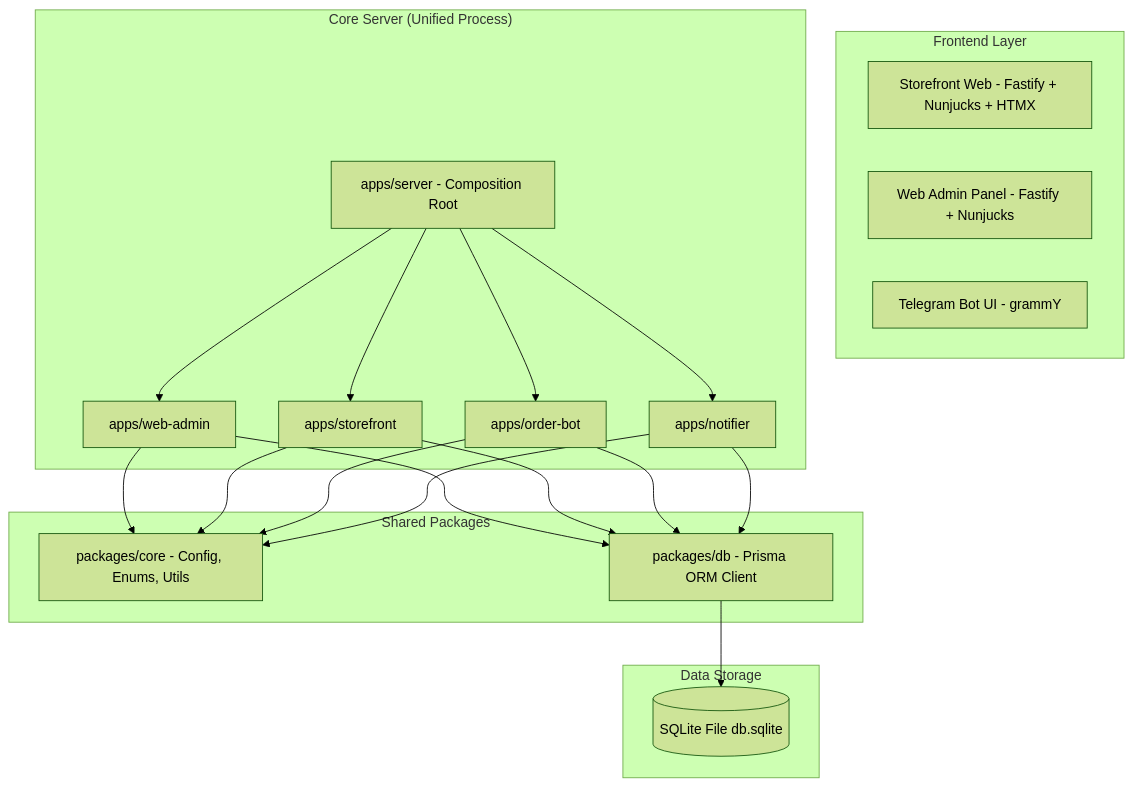
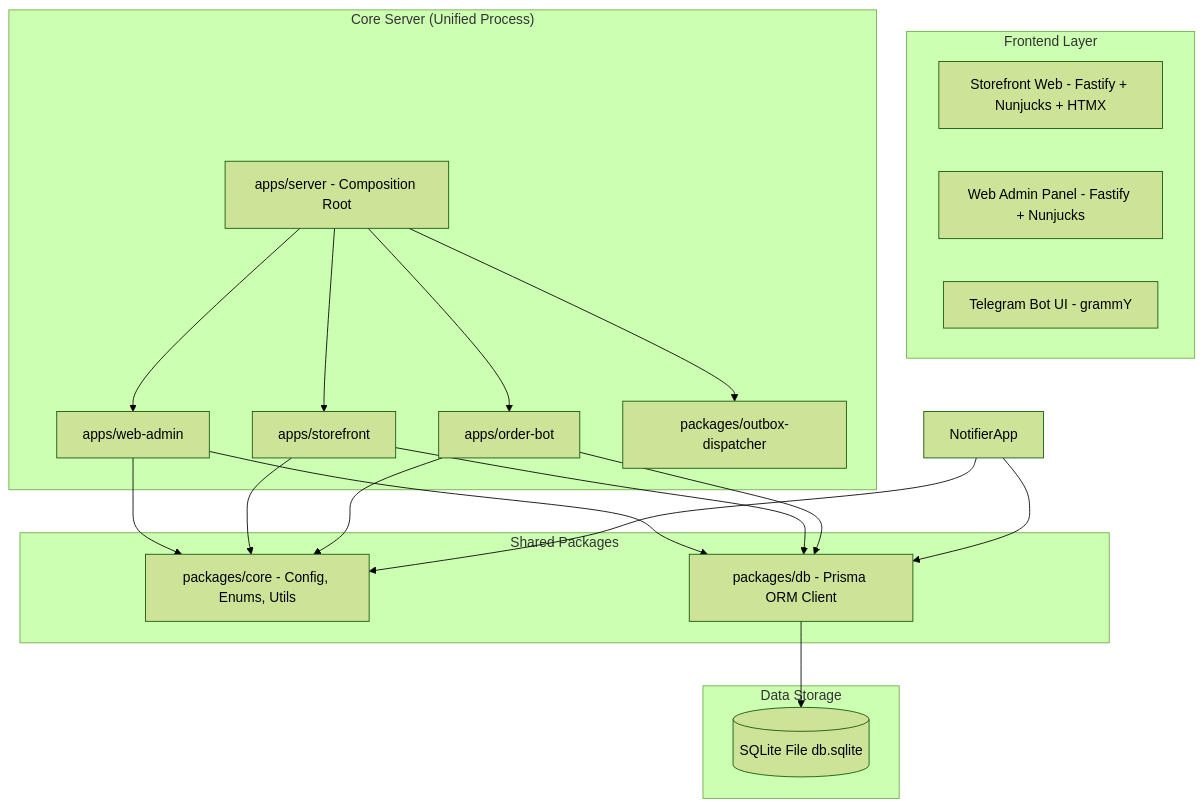
One commit to ilhamalifsaputra/web-and-bot-order changed the first of 3 diagrams in docs/PROJECT_ARCHITECTURE.md. Above: the diagram before and after it, drawn with Mermaid (forest theme). The commit also changed other lines of this file and 17 other files, not shown here.

First line of the commit message:
refactor(notifier): extract dispatcher to packages/outbox-dispatcher, drop apps/notifier

````diff
--- a/docs/PROJECT_ARCHITECTURE.md
+++ b/docs/PROJECT_ARCHITECTURE.md
@@ -11,29 +11,29 @@
 ```mermaid
 graph TD
     subgraph "Frontend Layer"
         ShopFront[Storefront Web - Fastify + Nunjucks + HTMX]
         AdminFront[Web Admin Panel - Fastify + Nunjucks]
         BotUI[Telegram Bot UI - grammY]
     end
     
     subgraph "Core Server (Unified Process)"
         ServerRoot[apps/server - Composition Root]
         ServerRoot --> AdminApp[apps/web-admin]
         ServerRoot --> ShopApp[apps/storefront]
         ServerRoot --> BotApp[apps/order-bot]
-        ServerRoot --> NotifierApp[apps/notifier]
+        ServerRoot --> DispatcherPkg[packages/outbox-dispatcher]
     end
 
     subgraph "Shared Packages"
         CorePkg[packages/core - Config, Enums, Utils]
         DbPkg[packages/db - Prisma ORM Client]
     end
 
     subgraph "Data Storage"
         DB[(SQLite File db.sqlite)]
     end
 
     AdminApp & ShopApp & BotApp & NotifierApp --> CorePkg
     AdminApp & ShopApp & BotApp & NotifierApp --> DbPkg
     DbPkg --> DB
 ```
````
